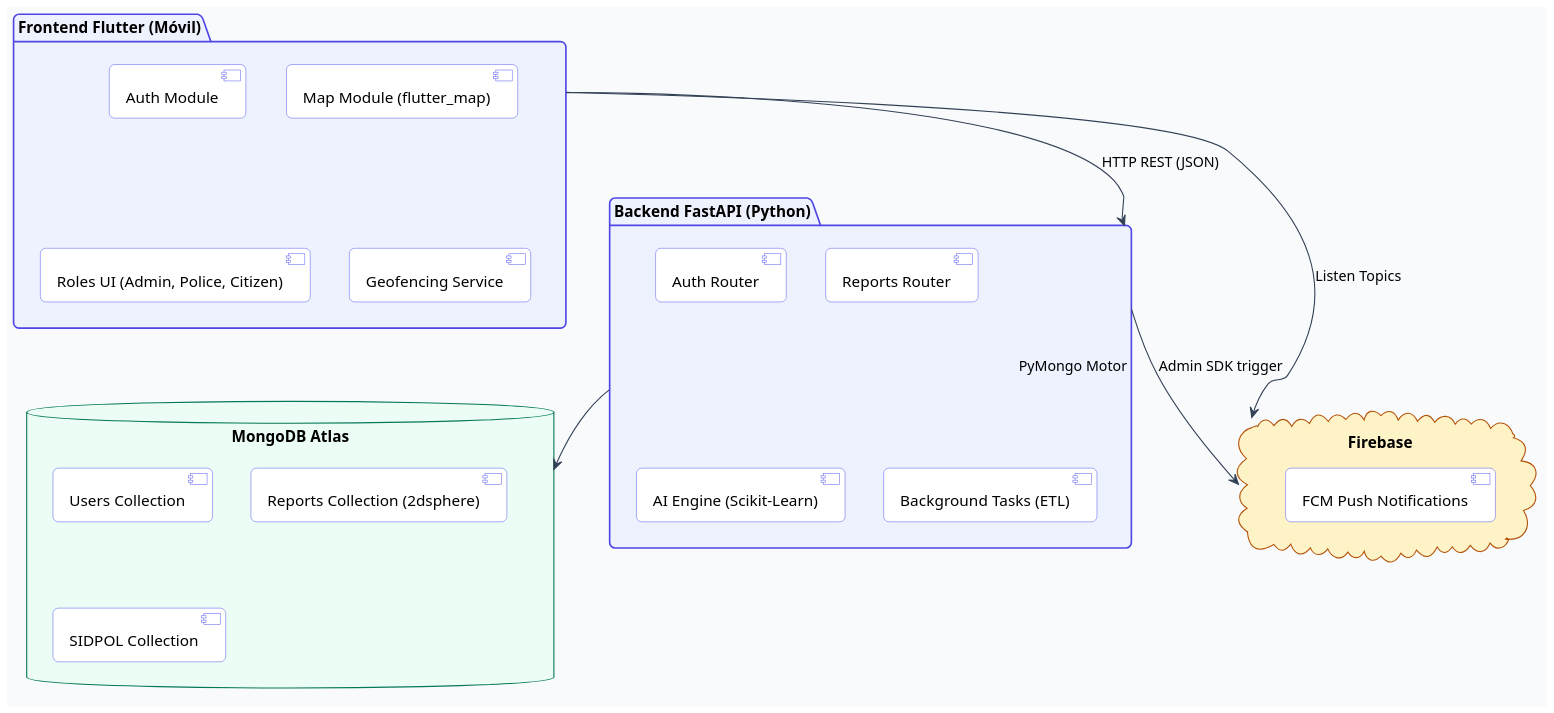
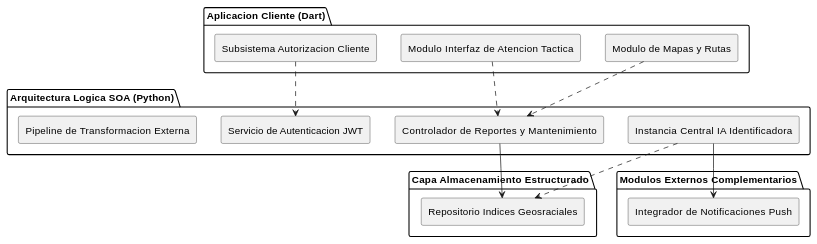
The fourth of 8 diagrams in docs/FD03-EPIS-Informe SRS de Proyecto.md (pieroalexanderppc/sgeo_pp), drawn with PlantUML before and after one commit. The commit also changed other lines of this file and 1 other file, not shown here.

````diff
--- a/docs/FD03-EPIS-Informe SRS de Proyecto.md
+++ b/docs/FD03-EPIS-Informe SRS de Proyecto.md
@@ -232,47 +360,36 @@
 ```plantuml
 @startuml
 skinparam shadowing false
-skinparam roundcorner 10
-skinparam dpi 150
-skinparam defaultFontName Segoe UI
-skinparam backgroundColor #F8FAFC
-skinparam ArrowColor #334155
-skinparam PackageBackgroundColor #EEF2FF
-skinparam PackageBorderColor #4F46E5
-skinparam ComponentBackgroundColor #FFFFFF
-skinparam ComponentBorderColor #6366F1
-skinparam DatabaseBackgroundColor #ECFDF5
-skinparam DatabaseBorderColor #047857
-skinparam CloudBackgroundColor #FEF3C7
-skinparam CloudBorderColor #B45309
+skinparam roundcorner 5
+skinparam componentStyle rectangle
 
-package "Frontend Flutter (Móvil)" {
-  [Auth Module]
-  [Map Module (flutter_map)]
-  [Roles UI (Admin, Police, Citizen)]
-  [Geofencing Service]
+package "Aplicacion Cliente (Dart)" as P_Client {
+  [Modulo de Mapas y Rutas]
+  [Modulo Interfaz de Atencion Tactica]
+  [Subsistema Autorizacion Cliente]
 }
 
-package "Backend FastAPI (Python)" {
-  [Auth Router]
-  [Reports Router]
-  [AI Engine (Scikit-Learn)]
-  [Background Tasks (ETL)]
+package "Arquitectura Logica SOA (Python)" as P_Logic {
+  [Servicio de Autenticacion JWT]
+  [Controlador de Reportes y Mantenimiento]
+  [Instancia Central IA Identificadora]
+  [Pipeline de Transformacion Externa]
 }
 
-database "MongoDB Atlas" {
-  [Users Collection]
-  [Reports Collection (2dsphere)]
-  [SIDPOL Collection]
+package "Capa Almacenamiento Estructurado" as P_Data {
+  [Repositorio Indices Geosraciales]
 }
 
-cloud "Firebase" {
-  [FCM Push Notifications]
+package "Modulos Externos Complementarios" as P_Ext {
+  [Integrador de Notificaciones Push]
 }
 
-[Frontend Flutter (Móvil)] --> [Backend FastAPI (Python)] : HTTP REST (JSON)
-[Frontend Flutter (Móvil)] --> [Firebase] : Listen Topics
-[Backend FastAPI (Python)] --> [MongoDB Atlas] : PyMongo Motor
-[Backend FastAPI (Python)] --> [Firebase] : Admin SDK trigger
+[Subsistema Autorizacion Cliente] ..> [Servicio de Autenticacion JWT]
+[Modulo de Mapas y Rutas] ..> [Controlador de Reportes y Mantenimiento]
+[Modulo Interfaz de Atencion Tactica] ..> [Controlador de Reportes y Mantenimiento]
+
+[Controlador de Reportes y Mantenimiento] --> [Repositorio Indices Geosraciales]
+[Instancia Central IA Identificadora] ..> [Repositorio Indices Geosraciales]
+[Instancia Central IA Identificadora] --> [Integrador de Notificaciones Push]
 @enduml
 ```
````
